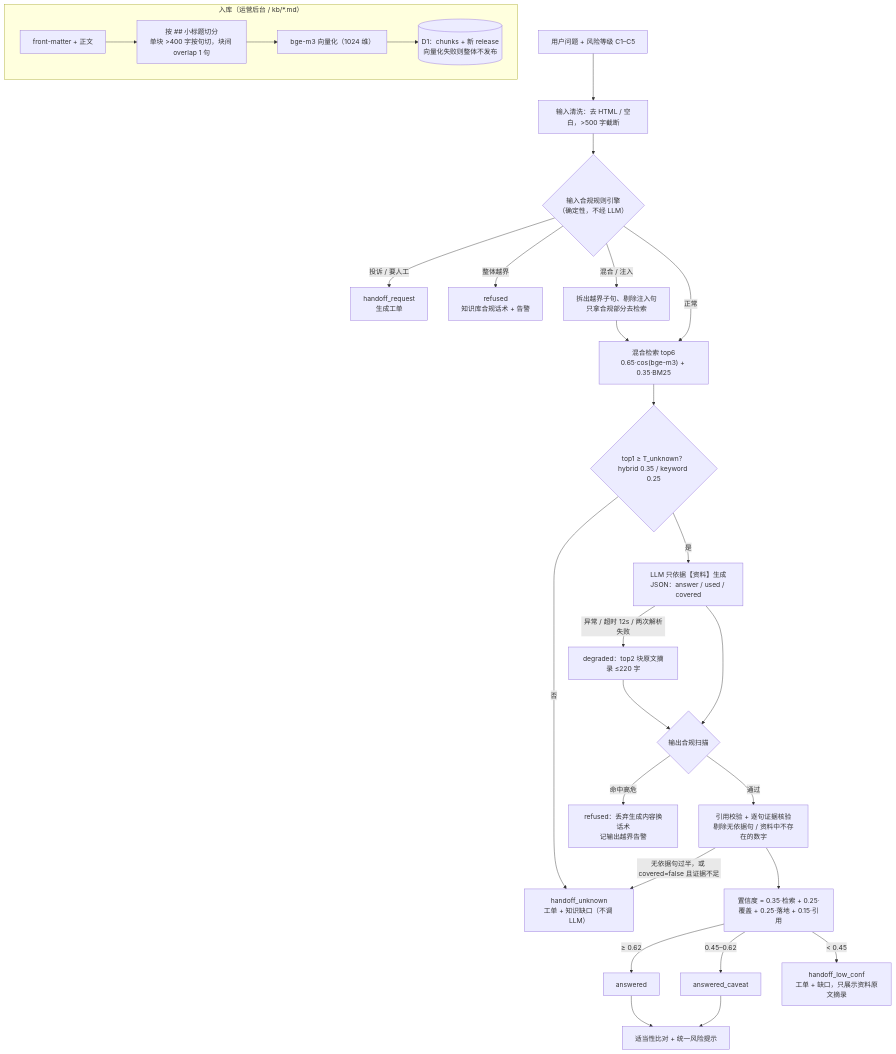
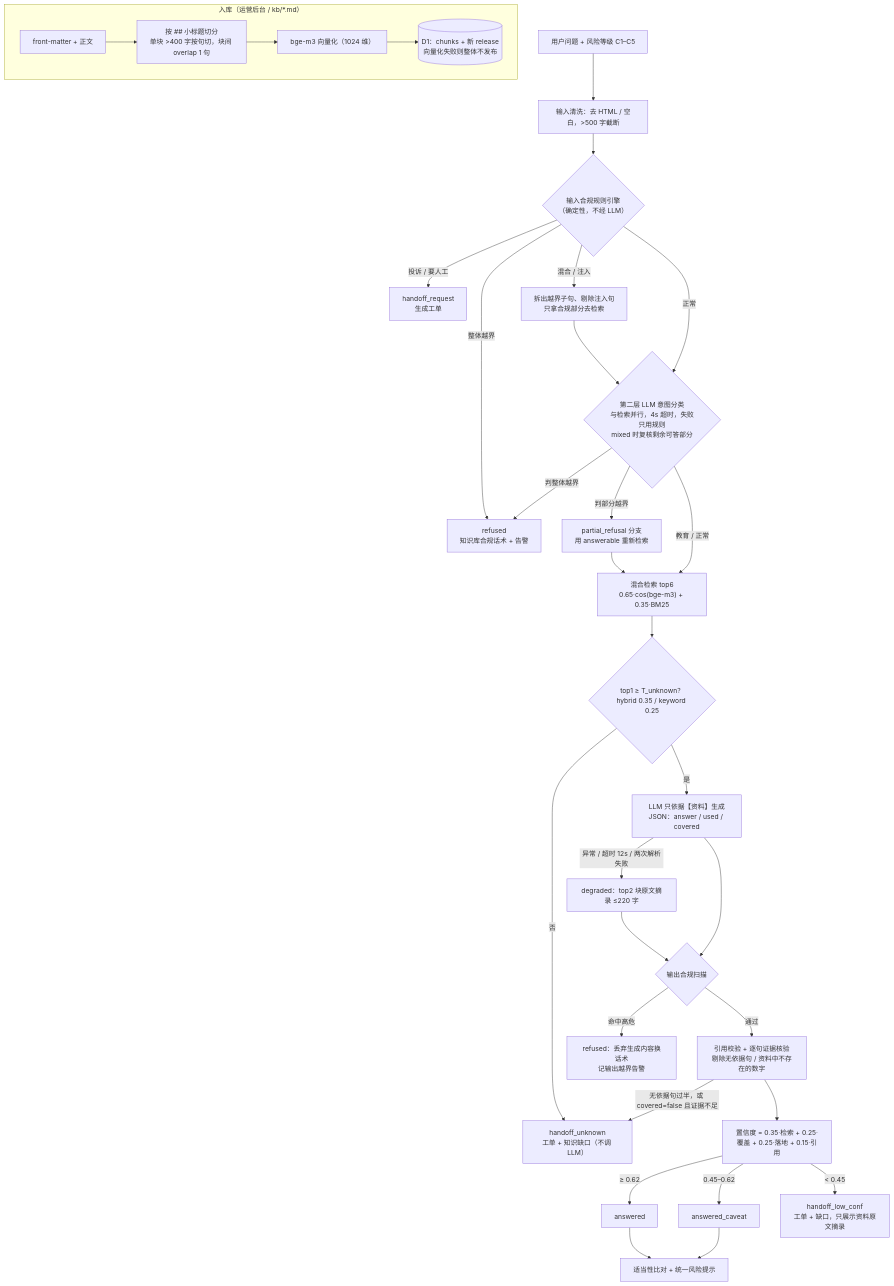
One commit to Neal122234/youju-ai-advisor-qa changed the diagram in README.md. Above: the diagram before and after it, drawn with Mermaid. The commit also changed other lines of this file and 3 other files, not shown here.

````diff
--- a/README.md
+++ b/README.md
@@ -43,31 +54,35 @@
 ```mermaid
 flowchart TD
   subgraph KB["入库（运营后台 / kb/*.md）"]
     K1["front-matter + 正文"] --> K2["按 ## 小标题切分<br/>单块 >400 字按句切，块间 overlap 1 句"]
     K2 --> K3["bge-m3 向量化（1024 维）"]
     K3 --> K4[("D1：chunks + 新 release<br/>向量化失败则整体不发布")]
   end
 
   Q["用户问题 + 风险等级 C1–C5"] --> V["输入清洗：去 HTML / 空白，>500 字截断"]
   V --> R{"输入合规规则引擎<br/>（确定性，不经 LLM）"}
   R -- "投诉 / 要人工" --> HR["handoff_request<br/>生成工单"]
   R -- "整体越界" --> RF["refused<br/>知识库合规话术 + 告警"]
   R -- "混合 / 注入" --> SP["拆出越界子句、剔除注入句<br/>只拿合规部分去检索"]
-  R -- "正常" --> RET
-  SP --> RET["混合检索 top6<br/>0.65·cos(bge-m3) + 0.35·BM25"]
+  R -- "正常" --> IC
+  SP --> IC{"第二层 LLM 意图分类<br/>与检索并行，4s 超时，失败只用规则<br/>mixed 时复核剩余可答部分"}
+  IC -- "判整体越界" --> RF
+  IC -- "判部分越界" --> SP2["partial_refusal 分支<br/>用 answerable 重新检索"]
+  IC -- "教育 / 正常" --> RET["混合检索 top6<br/>0.65·cos(bge-m3) + 0.35·BM25"]
+  SP2 --> RET
   RET --> COV{"top1 ≥ T_unknown？<br/>hybrid 0.35 / keyword 0.25"}
   COV -- "否" --> HU["handoff_unknown<br/>工单 + 知识缺口（不调 LLM）"]
   COV -- "是" --> GEN["LLM 只依据【资料】生成<br/>JSON：answer / used / covered"]
   GEN -- "异常 / 超时 12s / 两次解析失败" --> DEG["degraded：top2 块原文摘录 ≤220 字"]
   GEN --> OUT{"输出合规扫描"}
   DEG --> OUT
   OUT -- "命中高危" --> RF2["refused：丢弃生成内容换话术<br/>记输出越界告警"]
   OUT -- "通过" --> EV["引用校验 + 逐句证据核验<br/>剔除无依据句 / 资料中不存在的数字"]
   EV -- "无依据句过半，或 covered=false 且证据不足" --> HU
   EV --> CONF["置信度 = 0.35·检索 + 0.25·覆盖 + 0.25·落地 + 0.15·引用"]
   CONF -- "≥ 0.62" --> A1["answered"]
   CONF -- "0.45–0.62" --> A2["answered_caveat"]
   CONF -- "< 0.45" --> HL["handoff_low_conf<br/>工单 + 缺口，只展示资料原文摘录"]
   A1 --> SU["适当性比对 + 统一风险提示"]
   A2 --> SU
 ```
````
